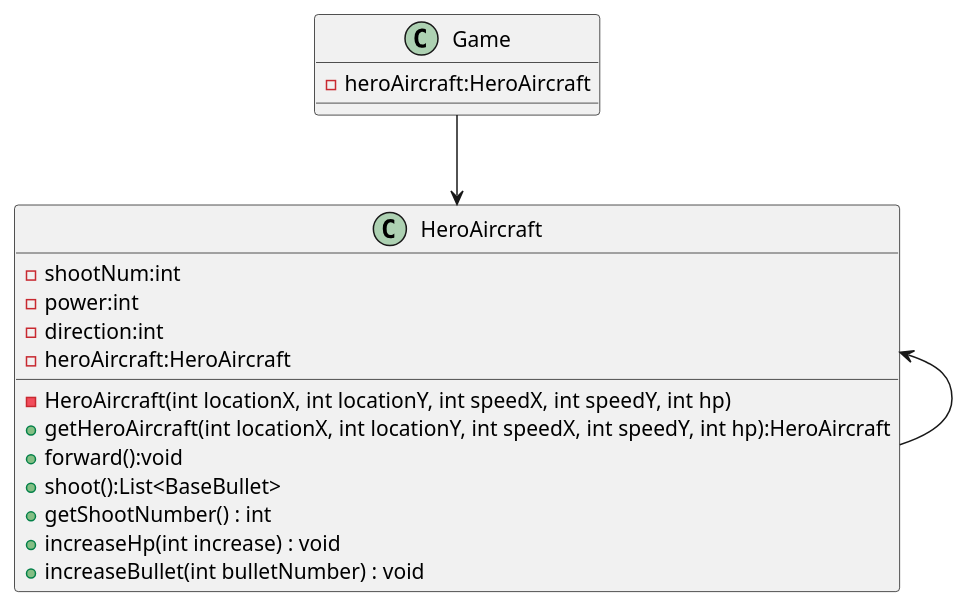
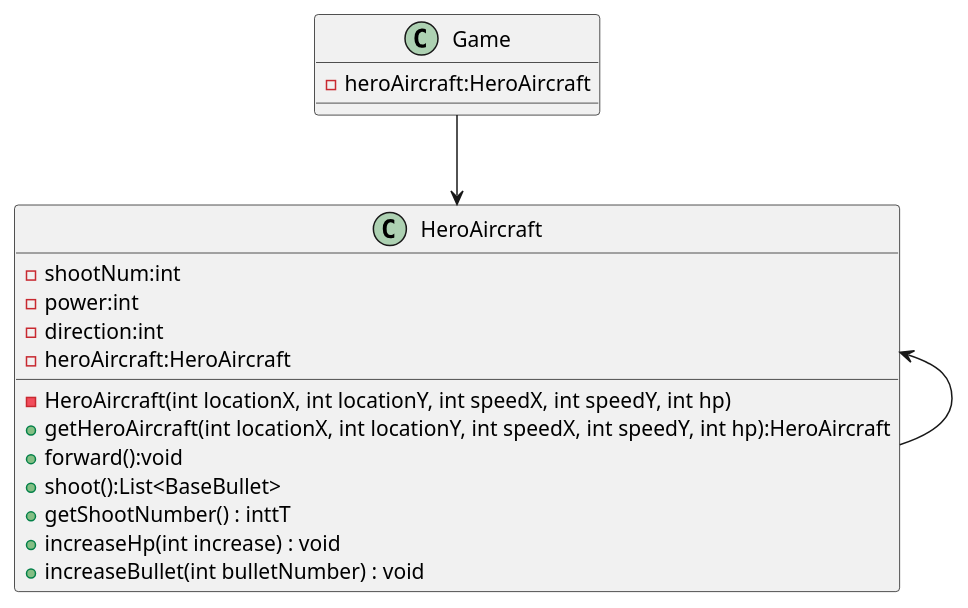
Before and after one commit to asdf1229qwq/AircraftWar: the diagram in uml/HeroAircraft_SingletonMode.puml, drawn with PlantUML. The commit also changed 22 other files, not shown here.

```diff
--- a/uml/HeroAircraft_SingletonMode.puml
+++ b/uml/HeroAircraft_SingletonMode.puml
@@ -1,26 +1,26 @@
 @startuml
 'https://plantuml.com/class-diagram
 
 
 Game --> HeroAircraft
 
 class Game{
     - heroAircraft:HeroAircraft
 }
 
 class HeroAircraft {
     - shootNum:int
     - power:int
     - direction:int
     - heroAircraft:HeroAircraft
     - HeroAircraft(int locationX, int locationY, int speedX, int speedY, int hp)
     + getHeroAircraft(int locationX, int locationY, int speedX, int speedY, int hp):HeroAircraft
     + forward():void
     + shoot():List<BaseBullet>
-    + getShootNumber() : int
+    + getShootNumber() : inttT
     + increaseHp(int increase) : void
     + increaseBullet(int bulletNumber) : void
 }
 
 HeroAircraft <-- HeroAircraft
 @enduml
```
